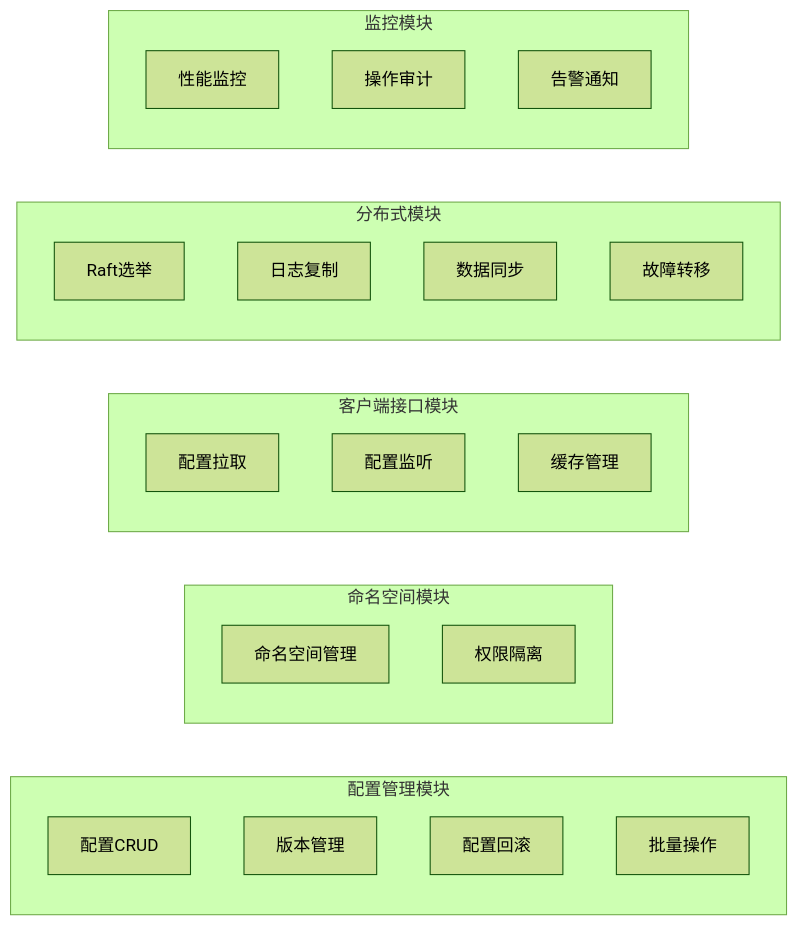
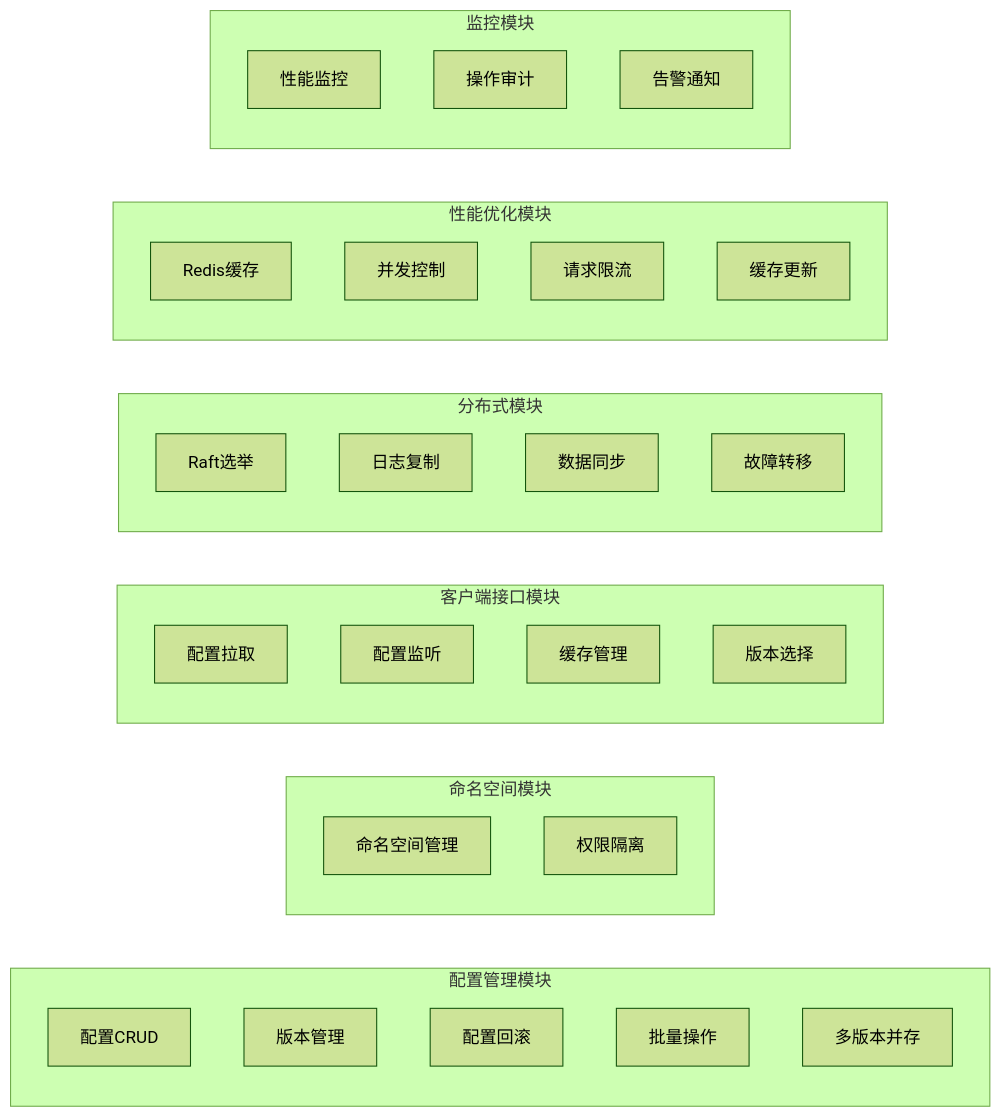
The fourth of 11 diagrams in config-center/docs/design.md (cmk2003/cursor-work), drawn with Mermaid (forest theme) before and after one commit. The commit also changed other lines of this file, not shown here.

````diff
--- a/config-center/docs/design.md
+++ b/config-center/docs/design.md
@@ -249,33 +283,42 @@
 ```mermaid
 graph LR
     subgraph "配置管理模块"
         CM1[配置CRUD]
         CM2[版本管理]
         CM3[配置回滚]
         CM4[批量操作]
+        CM5[多版本并存]
     end
     
     subgraph "命名空间模块"
         NS1[命名空间管理]
         NS2[权限隔离]
     end
     
     subgraph "客户端接口模块"
         CI1[配置拉取]
         CI2[配置监听]
         CI3[缓存管理]
+        CI4[版本选择]
     end
     
     subgraph "分布式模块"
         DM1[Raft选举]
         DM2[日志复制]
         DM3[数据同步]
         DM4[故障转移]
     end
     
+    subgraph "性能优化模块"
+        PM1[Redis缓存]
+        PM2[并发控制]
+        PM3[请求限流]
+        PM4[缓存更新]
+    end
+    
     subgraph "监控模块"
         MM1[性能监控]
         MM2[操作审计]
         MM3[告警通知]
     end
 ```
````
